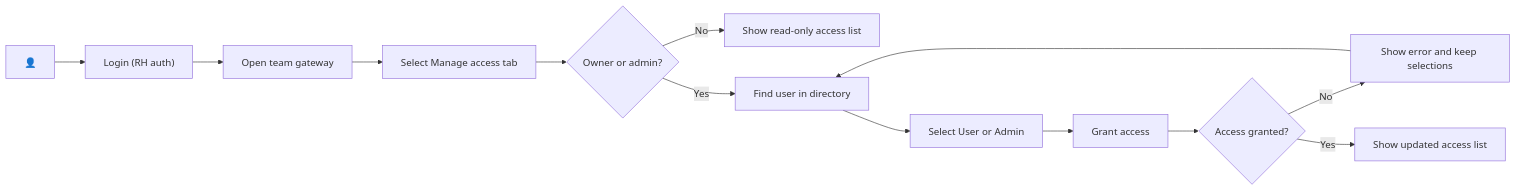
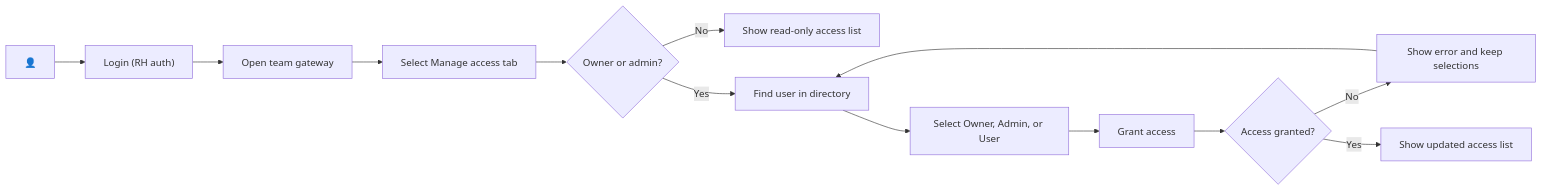
One commit to openshift-online/hypershell changed the eighth of 15 diagrams in specs/web-console/user_flows.md. Above: the diagram before and after it, drawn with Mermaid. The commit also changed other lines of this file and 5 other files, not shown here.

````diff
--- a/specs/web-console/user_flows.md
+++ b/specs/web-console/user_flows.md
@@ -379,19 +379,19 @@
 ```mermaid
 ---
 config:
   layout: dagre
 ---
 flowchart LR
     user["👤"] --> login["Login (RH auth)"]
     login --> gateway["Open team gateway"]
     gateway --> manage["Select Manage access tab"]
     manage --> owner{"Owner or admin?"}
     owner -- No --> denied["Show read-only access list"]
     owner -- Yes --> find["Find user in directory"]
-    find --> role["Select User or Admin"]
+    find --> role["Select Owner, Admin, or User"]
     role --> grant["Grant access"]
     grant --> success{"Access granted?"}
     success -- No --> error["Show error and keep selections"]
     error --> find
     success -- Yes --> members["Show updated access list"]
 ```
````
